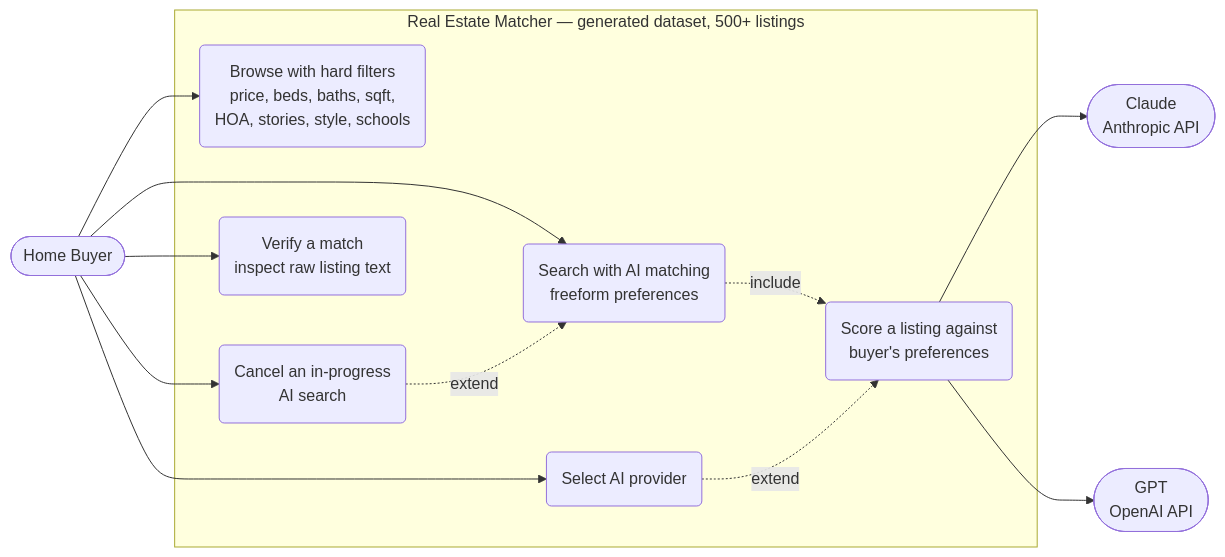
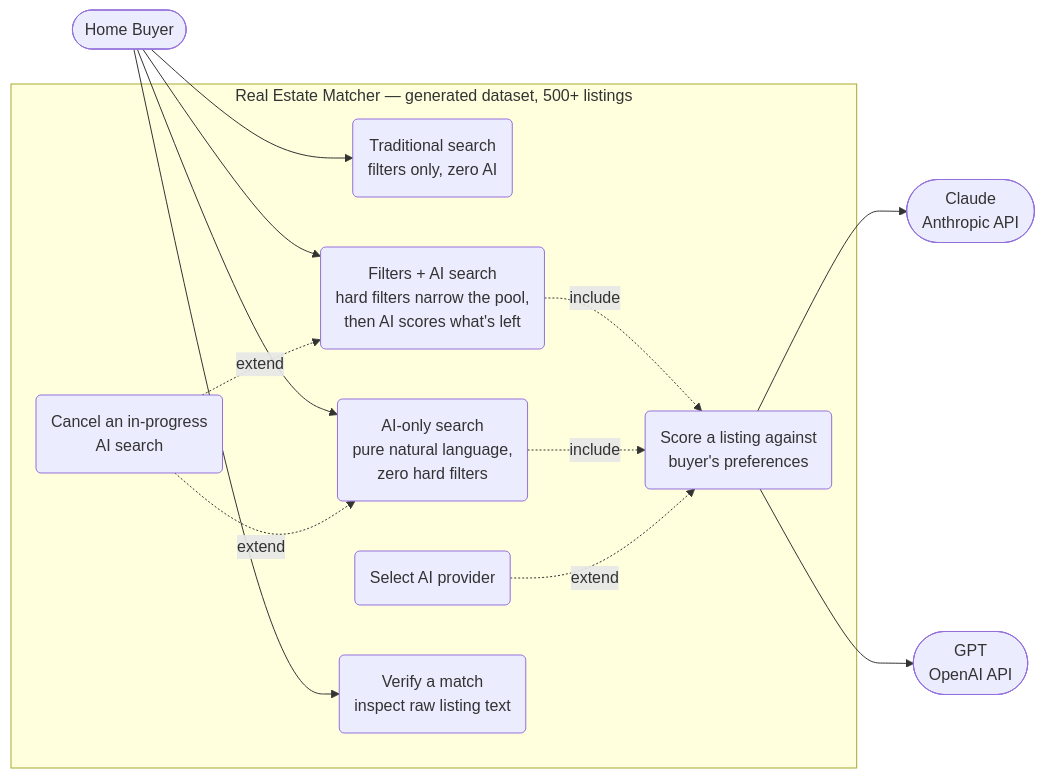
One commit to KhushbuVaishnav/HomeLens changed the first of 6 diagrams in docs/architecture.md. Above: the diagram before and after it, drawn with Mermaid. The commit also changed other lines of this file and 2 other files, not shown here.

Commit message:
Implement 3-mode search UI with corresponding state management and styling updates

````diff
--- a/docs/architecture.md
+++ b/docs/architecture.md
@@ -23,28 +22,30 @@
 ```mermaid
 flowchart LR
     Buyer([Home Buyer])
     Claude([Claude<br/>Anthropic API])
     OpenAI([GPT<br/>OpenAI API])
 
     subgraph System["Real Estate Matcher — generated dataset, 500+ listings"]
-        UC1(Browse with hard filters<br/>price, beds, baths, sqft,<br/>HOA, stories, style, schools)
-        UC2(Search with AI matching<br/>freeform preferences)
-        UC3(Cancel an in-progress<br/>AI search)
-        UC4(Select AI provider)
-        UC5(Verify a match<br/>inspect raw listing text)
-        UC6(Score a listing against<br/>buyer's preferences)
+        UC1(Traditional search<br/>filters only, zero AI)
+        UC2(Filters + AI search<br/>hard filters narrow the pool,<br/>then AI scores what's left)
+        UC3(AI-only search<br/>pure natural language,<br/>zero hard filters)
+        UC4(Cancel an in-progress<br/>AI search)
+        UC5(Select AI provider)
+        UC6(Verify a match<br/>inspect raw listing text)
+        UC7(Score a listing against<br/>buyer's preferences)
     end
 
     Buyer --> UC1
     Buyer --> UC2
     Buyer --> UC3
-    Buyer --> UC4
-    Buyer --> UC5
+    Buyer --> UC6
 
-    UC2 -. include .-> UC6
-    UC3 -. extend .-> UC2
-    UC4 -. extend .-> UC6
+    UC2 -. include .-> UC7
+    UC3 -. include .-> UC7
+    UC4 -. extend .-> UC2
+    UC4 -. extend .-> UC3
+    UC5 -. extend .-> UC7
 
-    UC6 --> Claude
-    UC6 --> OpenAI
+    UC7 --> Claude
+    UC7 --> OpenAI
 ```
````
